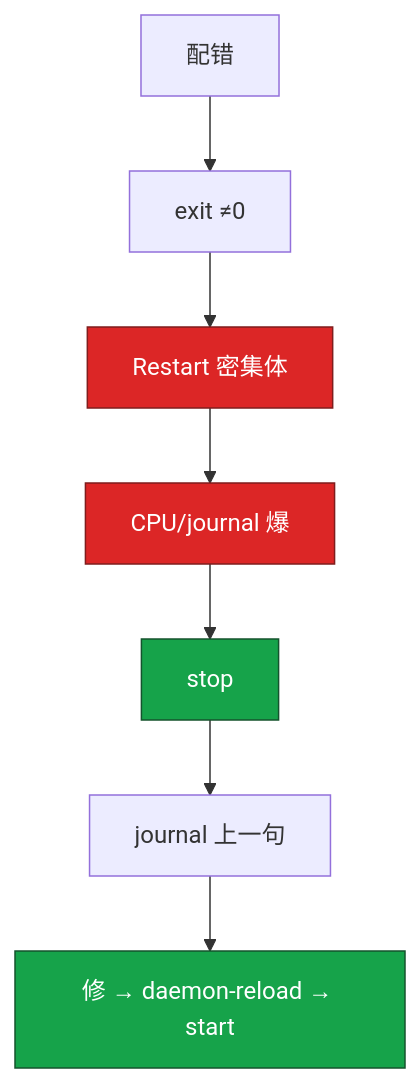
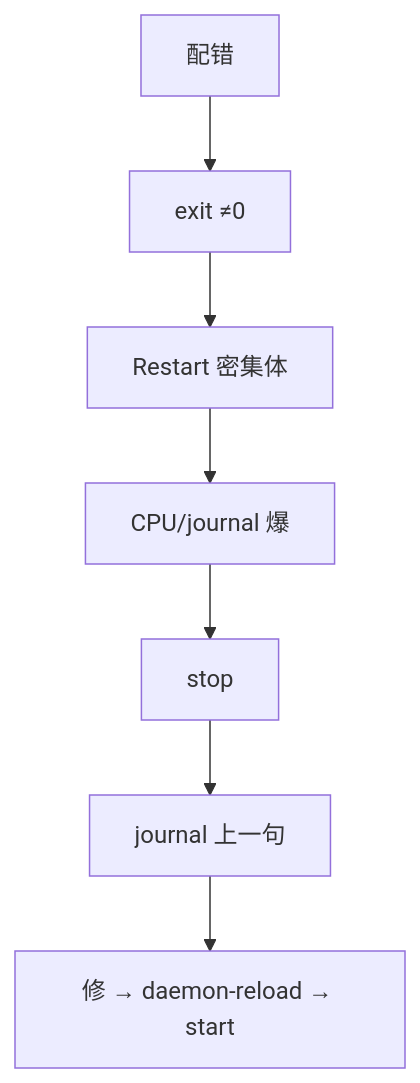
One commit to ml-cuizijun/LearnToLilith changed the second of 2 diagrams in 01-基础底座/11-Systemd与服务管理/练习题.md. Above: the diagram before and after it, drawn with Mermaid. The commit also changed other lines of this file and 470 other files, not shown here.

````diff
--- a/01-基础底座/11-Systemd与服务管理/练习题.md
+++ b/01-基础底座/11-Systemd与服务管理/练习题.md
@@ -185,13 +187,11 @@
 ```mermaid
 flowchart TB
     A[配错] --> B[exit ≠0]
     B --> C[Restart 密集体]
     C --> D[CPU/journal 爆]
     D --> E[stop]
     E --> F[journal 上一句]
     F --> G[修 → daemon-reload → start]
-    classDef bad fill:#DC2626,stroke:#7F1D1D,color:#fff
-    classDef ok fill:#16A34A,stroke:#14532D,color:#fff
     class C,D bad
     class E,G ok
 ```
````
